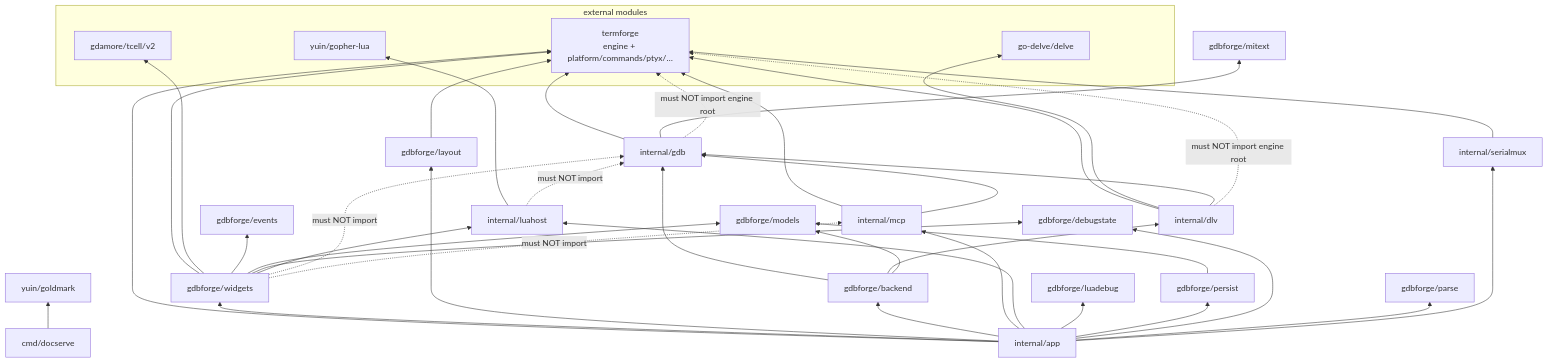
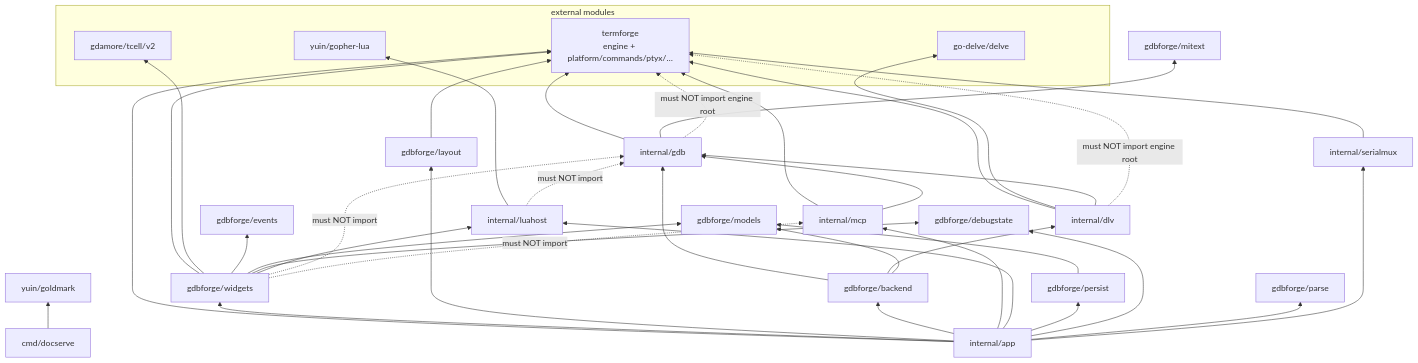
The diagram in docs/DEPENDENCIES.md (yairgd/gdbforge), drawn with Mermaid before and after one commit. The commit also changed other lines of this file and 4 other files, not shown here.

````diff
--- a/docs/DEPENDENCIES.md
+++ b/docs/DEPENDENCIES.md
@@ -94,71 +95,69 @@
 ```mermaid
 flowchart BT
     subgraph External["external modules"]
         termforge["termforge<br/>engine + platform/commands/ptyx/…"]
         tcell["gdamore/tcell/v2"]
         delve["go-delve/delve"]
         lua["yuin/gopher-lua"]
     end
 
     gdb["internal/gdb"]
     dlv["internal/dlv"]
     mcp["internal/mcp"]
     luahost["internal/luahost"]
     serialmux["internal/serialmux"]
 
     models["gdbforge/models"]
     mitext["gdbforge/mitext"]
     parse["gdbforge/parse"]
     events["gdbforge/events"]
     debugstate["gdbforge/debugstate"]
     backend["gdbforge/backend"]
     widgets["gdbforge/widgets"]
     layoutpkg["gdbforge/layout"]
-    luadebug["gdbforge/luadebug"]
     persist["gdbforge/persist"]
 
     app["internal/app"]
     docserve["cmd/docserve"]
 
     gdb --> termforge
     dlv --> termforge
     dlv --> delve
     mcp --> termforge
     luahost --> lua
     serialmux --> termforge
     persist --> models
 
     widgets --> termforge
     widgets --> tcell
     widgets --> events
     widgets --> models
     widgets --> debugstate
     widgets --> luahost
     layoutpkg --> termforge
     backend --> gdb
     backend --> dlv
     backend --> models
     gdb --> mitext
     mcp --> gdb
     dlv --> gdb
 
     app --> termforge
     app --> widgets
     app --> layoutpkg
     app --> backend
     app --> mcp
     app --> luahost
-    app --> luadebug
     app --> persist
     app --> debugstate
     app --> parse
     app --> serialmux
 
     docserve --> goldmark["yuin/goldmark"]
 
     gdb -.->|"must NOT import engine root"| termforge
     dlv -.->|"must NOT import engine root"| termforge
     widgets -.->|"must NOT import"| gdb
     widgets -.->|"must NOT import"| mcp
     luahost -.->|"must NOT import"| gdb
 ```
````
